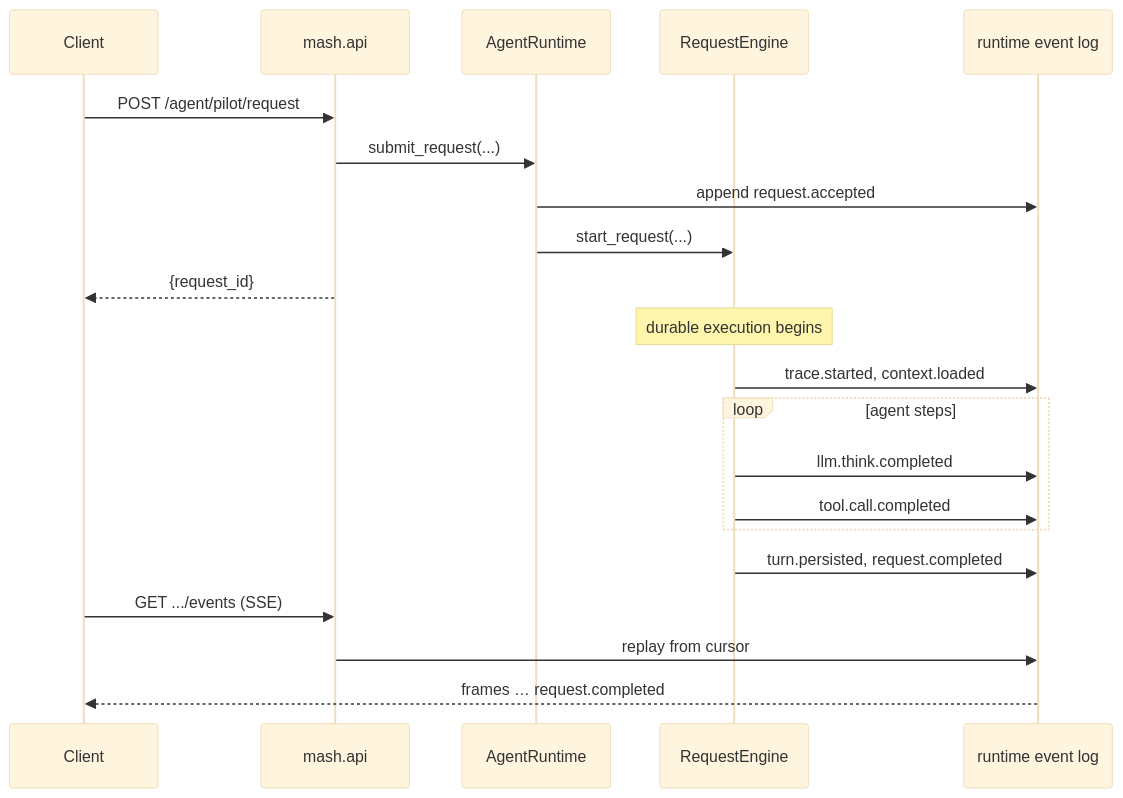
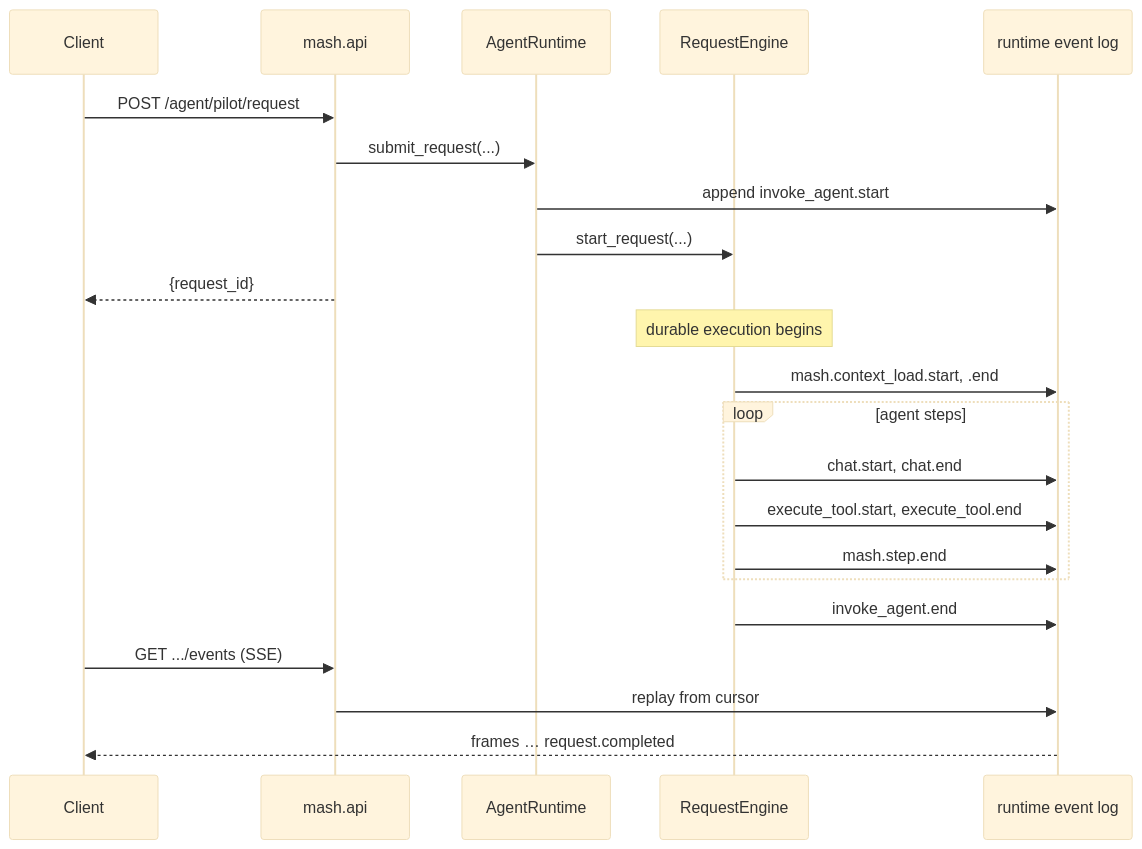
Before and after one commit to imsid/mashpy: the diagram in docs/posts/request-lifecycle.md, drawn with Mermaid (base theme). The commit also changed other lines of this file and 137 other files, not shown here.

````diff
--- a/docs/posts/request-lifecycle.md
+++ b/docs/posts/request-lifecycle.md
@@ -55,24 +55,25 @@
 ```mermaid
 sequenceDiagram
     participant Client
     participant API as mash.api
     participant Runtime as AgentRuntime
     participant Engine as RequestEngine
     participant Log as runtime event log
 
     Client->>API: POST /agent/pilot/request
     API->>Runtime: submit_request(...)
-    Runtime->>Log: append request.accepted
+    Runtime->>Log: append invoke_agent.start
     Runtime->>Engine: start_request(...)
     API-->>Client: {request_id}
     Note over Engine: durable execution begins
-    Engine->>Log: trace.started, context.loaded
+    Engine->>Log: mash.context_load.start, .end
     loop agent steps
-        Engine->>Log: llm.think.completed
-        Engine->>Log: tool.call.completed
+        Engine->>Log: chat.start, chat.end
+        Engine->>Log: execute_tool.start, execute_tool.end
+        Engine->>Log: mash.step.end
     end
-    Engine->>Log: turn.persisted, request.completed
+    Engine->>Log: invoke_agent.end
     Client->>API: GET .../events (SSE)
     API->>Log: replay from cursor
     Log-->>Client: frames … request.completed
 ```
````
